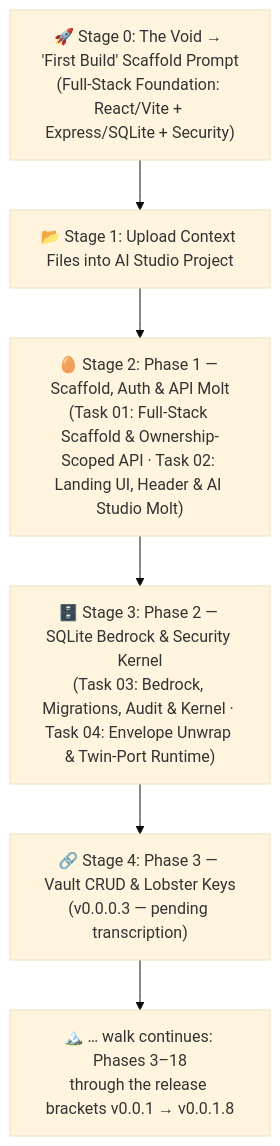
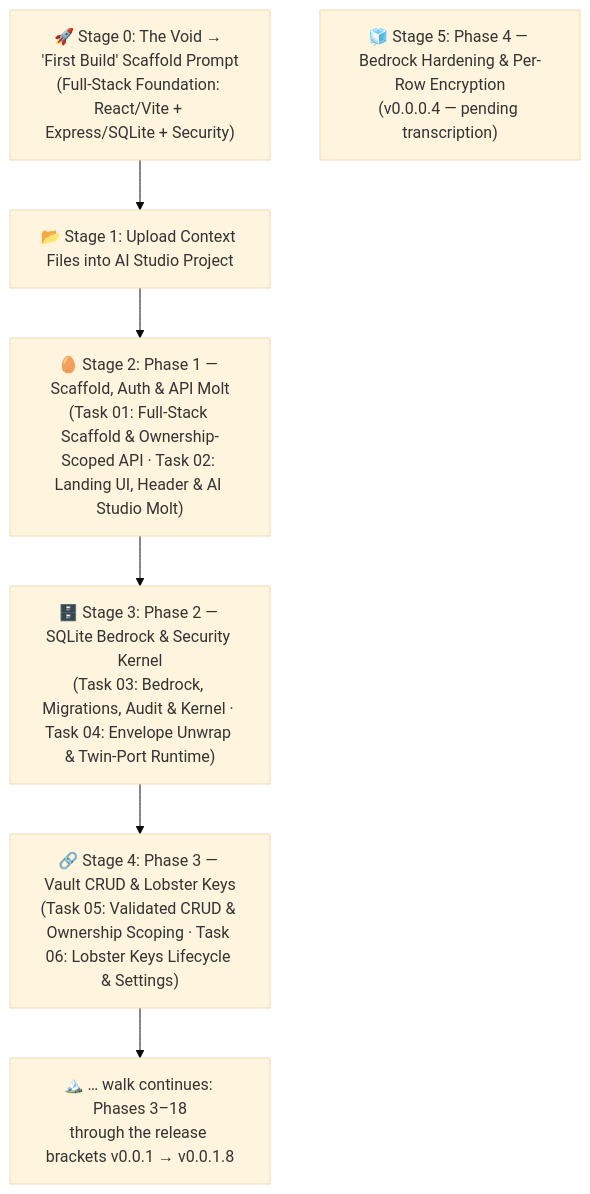
Before and after one commit to ClawStackStudios/ShellGuard: the diagram in project/meta-prompt-ai-studio.md, drawn with Mermaid (base theme). The commit also changed other lines of this file and 3 other files, not shown here.

First line of the commit message:
docs: transcribe Phase 3 — Vault CRUD, Lobster Keys & Settings Storage

````diff
--- a/project/meta-prompt-ai-studio.md
+++ b/project/meta-prompt-ai-studio.md
@@ -16,15 +16,16 @@
 ```mermaid
 flowchart TD
     Step0["🚀 Stage 0: The Void → 'First Build' Scaffold Prompt<br/>(Full-Stack Foundation: React/Vite + Express/SQLite + Security)"]
     UploadContext["📂 Stage 1: Upload Context Files into AI Studio Project"]
     Phase1["🥚 Stage 2: Phase 1 — Scaffold, Auth & API Molt<br/>(Task 01: Full-Stack Scaffold & Ownership-Scoped API · Task 02: Landing UI, Header & AI Studio Molt)"]
     Phase2["🗄️ Stage 3: Phase 2 — SQLite Bedrock & Security Kernel<br/>(Task 03: Bedrock, Migrations, Audit & Kernel · Task 04: Envelope Unwrap & Twin-Port Runtime)"]
-    Phase3["🔗 Stage 4: Phase 3 — Vault CRUD & Lobster Keys<br/>(v0.0.0.3 — pending transcription)"]
+    Phase3["🔗 Stage 4: Phase 3 — Vault CRUD & Lobster Keys<br/>(Task 05: Validated CRUD & Ownership Scoping · Task 06: Lobster Keys Lifecycle & Settings)"]
+    Phase4["🧊 Stage 5: Phase 4 — Bedrock Hardening & Per-Row Encryption<br/>(v0.0.0.4 — pending transcription)"]
     Summit["🏔️ … walk continues: Phases 3–18<br/>through the release brackets v0.0.1 → v0.0.1.8"]
 
     Step0 --> UploadContext
     UploadContext --> Phase1
     Phase1 --> Phase2
     Phase2 --> Phase3
     Phase3 --> Summit
 ```
````
